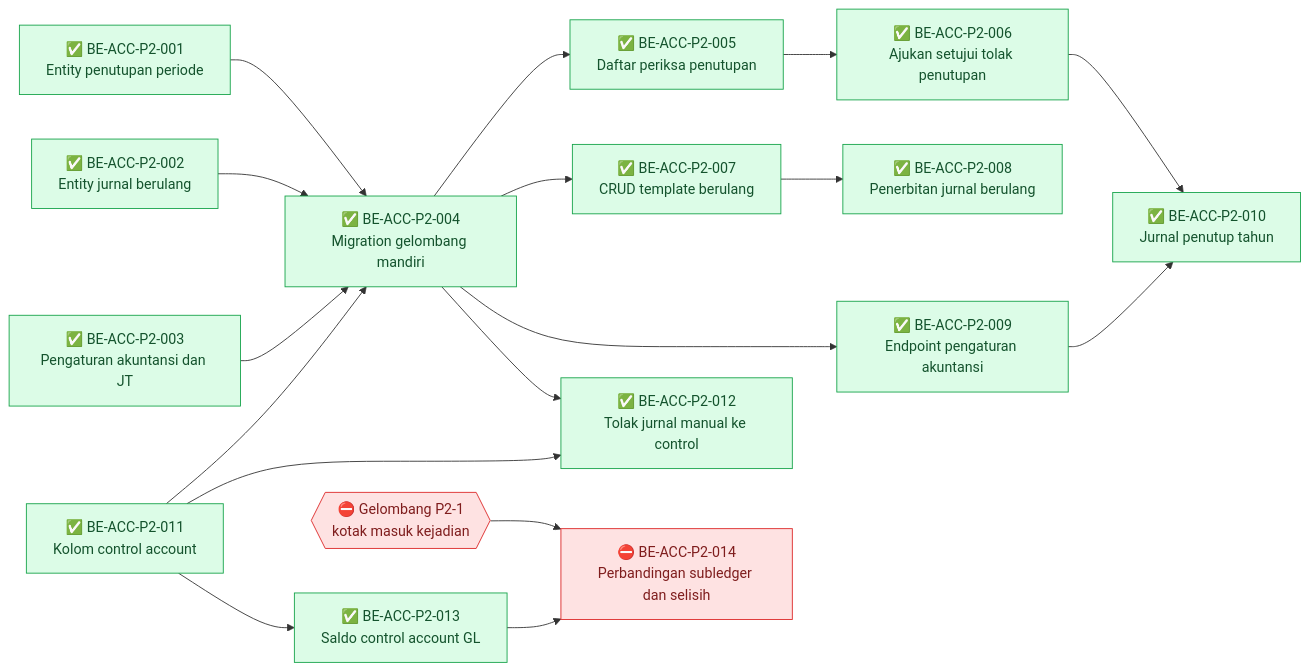
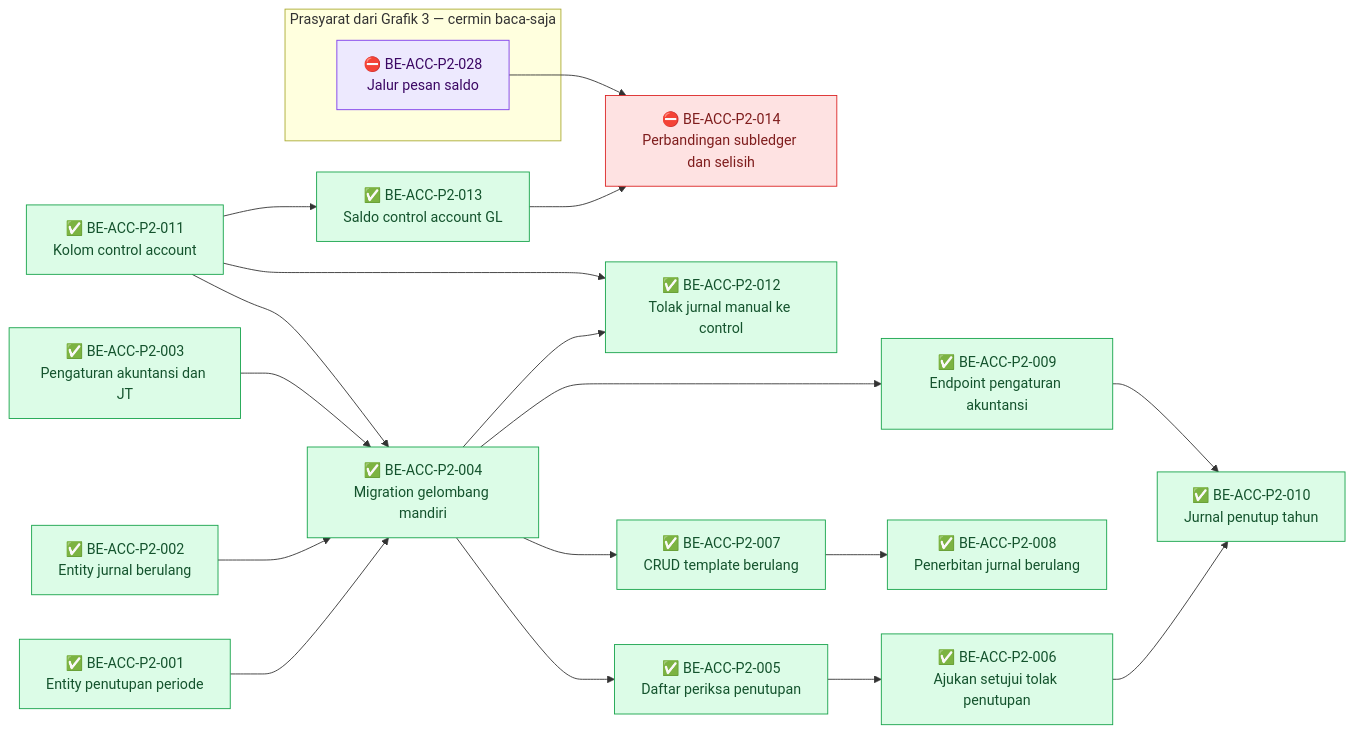
Before and after one commit to DevBenari/NewQuilvianSystemBackend: the second of 4 diagrams in docs/module-blueprints/accounting/roadmap/backend-roadmap-phase2.md, drawn with Mermaid. The commit also changed other lines of this file and 15 other files, not shown here.

````diff
--- a/docs/module-blueprints/accounting/roadmap/backend-roadmap-phase2.md
+++ b/docs/module-blueprints/accounting/roadmap/backend-roadmap-phase2.md
@@ -66,41 +67,43 @@
 ```mermaid
 flowchart LR
     classDef selesai fill:#DCFCE7,stroke:#16A34A,color:#14532D
     classDef sebagian fill:#FEF9C3,stroke:#CA8A04,color:#713F12
     classDef terblokir fill:#FEE2E2,stroke:#DC2626,color:#7F1D1D
     classDef belum fill:#F1F5F9,stroke:#64748B,color:#0F172A
     classDef luar fill:#EDE9FE,stroke:#7C3AED,color:#3B0764
 
     BEACCP2001["✅ BE-ACC-P2-001<br/>Entity penutupan periode"]:::selesai
     BEACCP2002["✅ BE-ACC-P2-002<br/>Entity jurnal berulang"]:::selesai
     BEACCP2003["✅ BE-ACC-P2-003<br/>Pengaturan akuntansi dan JT"]:::selesai
     BEACCP2004["✅ BE-ACC-P2-004<br/>Migration gelombang mandiri"]:::selesai
     BEACCP2005["✅ BE-ACC-P2-005<br/>Daftar periksa penutupan"]:::selesai
     BEACCP2006["✅ BE-ACC-P2-006<br/>Ajukan setujui tolak penutupan"]:::selesai
     BEACCP2007["✅ BE-ACC-P2-007<br/>CRUD template berulang"]:::selesai
     BEACCP2008["✅ BE-ACC-P2-008<br/>Penerbitan jurnal berulang"]:::selesai
     BEACCP2009["✅ BE-ACC-P2-009<br/>Endpoint pengaturan akuntansi"]:::selesai
     BEACCP2010["✅ BE-ACC-P2-010<br/>Jurnal penutup tahun"]:::selesai
     BEACCP2011["✅ BE-ACC-P2-011<br/>Kolom control account"]:::selesai
     BEACCP2012["✅ BE-ACC-P2-012<br/>Tolak jurnal manual ke control"]:::selesai
     BEACCP2013["✅ BE-ACC-P2-013<br/>Saldo control account GL"]:::selesai
     BEACCP2014["⛔ BE-ACC-P2-014<br/>Perbandingan subledger dan selisih"]:::terblokir
-    GP21A{{"⛔ Gelombang P2-1<br/>kotak masuk kejadian"}}:::terblokir
+    subgraph cermin1["Prasyarat dari Grafik 3 — cermin baca-saja"]
+        MBEACCP2028["⛔ BE-ACC-P2-028<br/>Jalur pesan saldo"]:::luar
+    end
 
     BEACCP2001 --> BEACCP2004
     BEACCP2002 --> BEACCP2004
     BEACCP2003 --> BEACCP2004
     BEACCP2011 --> BEACCP2004
     BEACCP2004 --> BEACCP2005
     BEACCP2005 --> BEACCP2006
     BEACCP2004 --> BEACCP2007
     BEACCP2007 --> BEACCP2008
     BEACCP2004 --> BEACCP2009
     BEACCP2006 --> BEACCP2010
     BEACCP2009 --> BEACCP2010
     BEACCP2004 --> BEACCP2012
     BEACCP2011 --> BEACCP2012
     BEACCP2011 --> BEACCP2013
     BEACCP2013 --> BEACCP2014
-    GP21A --> BEACCP2014
+    MBEACCP2028 --> BEACCP2014
 ```
````
